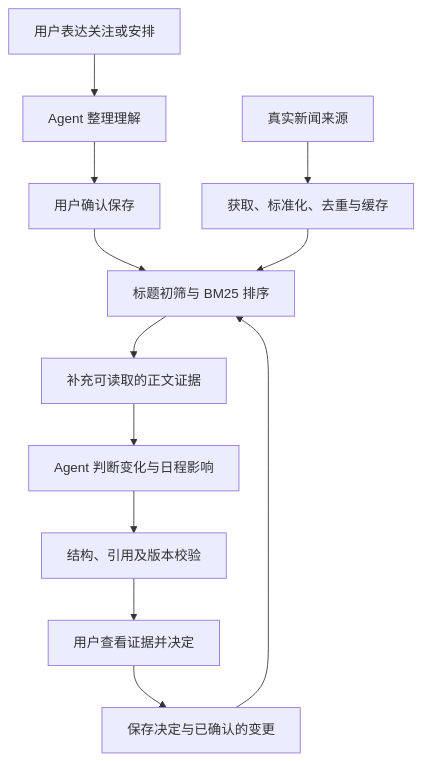
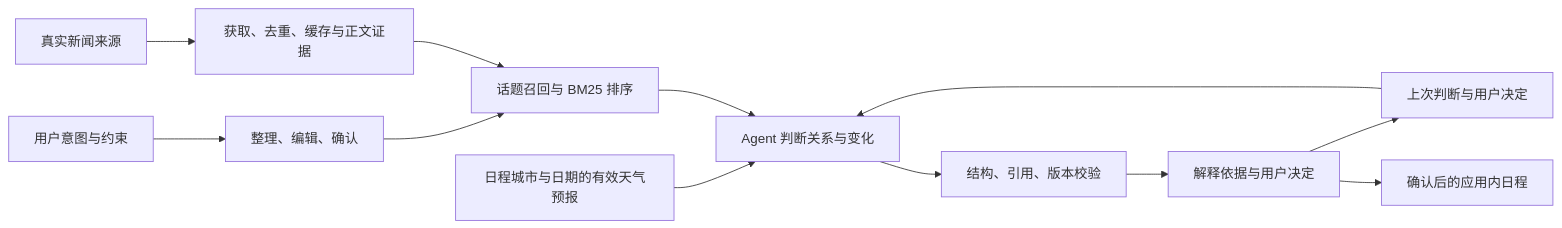
The diagram in README.md (zhiguang127/cfaw-news-agent), drawn with Mermaid before and after one commit. The commit also changed other lines of this file and 345 other files, not shown here.

````diff
--- a/README.md
+++ b/README.md
@@ -183,14 +139,14 @@
 ```mermaid
-flowchart TD
-    U[用户表达关注或安排] --> P[Agent 整理理解]
-    P --> C[用户确认保存]
-    N[真实新闻来源] --> F[获取、标准化、去重与缓存]
-    C --> R[标题初筛与 BM25 排序]
-    F --> R
-    R --> E[补充可读取的正文证据]
-    E --> A[Agent 判断变化与日程影响]
-    A --> V[结构、引用及版本校验]
-    V --> D[用户查看证据并决定]
-    D --> M[保存决定与已确认的变更]
-    M --> R
+flowchart LR
+    U[用户意图与约束] --> C[整理、编辑、确认]
+    C --> R[话题召回与 BM25 排序]
+    N[真实新闻来源] --> E[获取、去重、缓存与正文证据]
+    E --> R
+    W[日程城市与日期的有效天气预报] --> A
+    R --> A[Agent 判断关系与变化]
+    H[上次判断与用户决定] --> A
+    A --> V[结构、引用、版本校验]
+    V --> D[解释依据与用户决定]
+    D --> H
+    D --> S[确认后的应用内日程]
 ```
````
